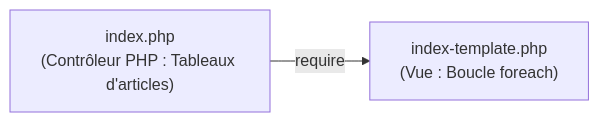
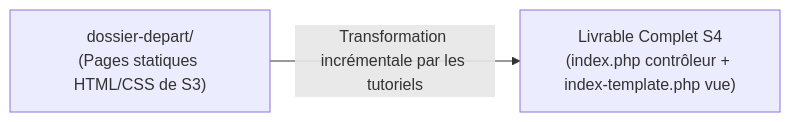
One commit to solicode-web-mobile/autoformations-web changed the diagram in _plan-réalisation-tutos/S4/plan-developpement.md. Above: the diagram before and after it, drawn with Mermaid. The commit also changed other lines of this file and 8 other files, not shown here.

````diff
--- a/_plan-réalisation-tutos/S4/plan-developpement.md
+++ b/_plan-réalisation-tutos/S4/plan-developpement.md
@@ -18,4 +28,4 @@
 ```mermaid
 flowchart LR
-    A["index.php<br>(Contrôleur PHP : Tableaux d'articles)"] -->|require| B["index-template.php<br>(Vue : Boucle foreach)"]
+    A["dossier-depart/<br>(Pages statiques HTML/CSS de S3)"] -->|Transformation incrémentale par les tutoriels| B["Livrable Complet S4<br>(index.php contrôleur + index-template.php vue)"]
 ```
````
